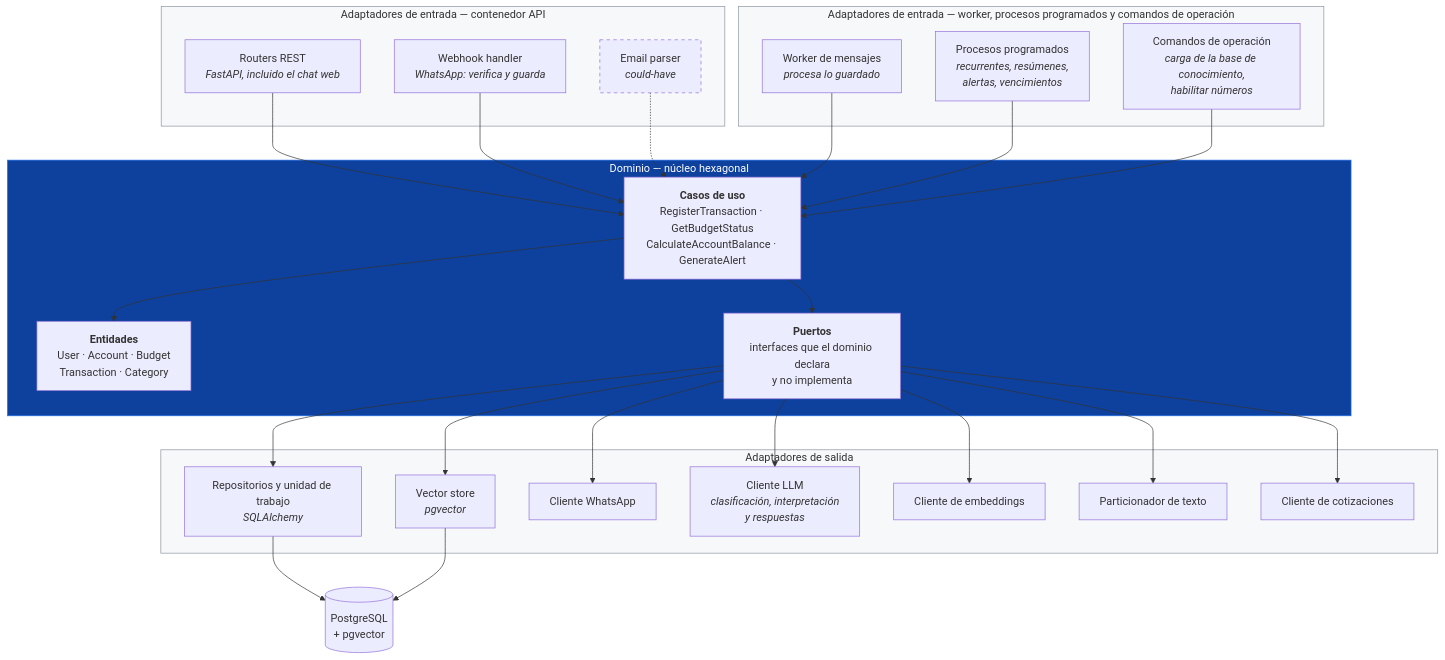
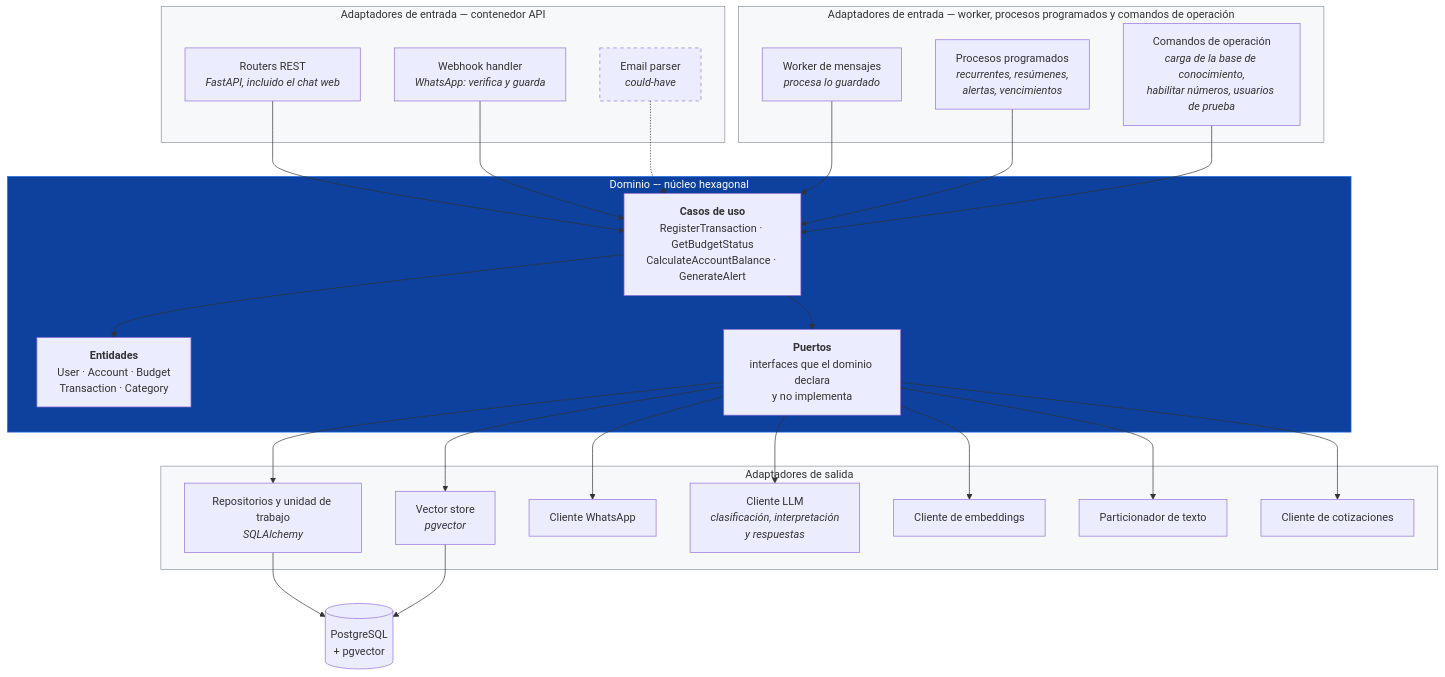
Before and after one commit to verozacarias-prog/AI4Devs-finalproject: the third of 4 diagrams in docs/02-arquitectura.md, drawn with Mermaid. The commit also changed other lines of this file and 14 other files, not shown here.

````diff
--- a/docs/02-arquitectura.md
+++ b/docs/02-arquitectura.md
@@ -86,54 +86,54 @@
 ```mermaid
 flowchart TB
     subgraph INBOUND["Adaptadores de entrada — contenedor API"]
         ROUTERS["Routers REST<br/><i>FastAPI, incluido el chat web</i>"]
         HOOK["Webhook handler<br/><i>WhatsApp: verifica y guarda</i>"]
         PARSE["Email parser<br/><i>could-have</i>"]
     end
 
     subgraph WORKERBOX["Adaptadores de entrada — worker, procesos programados y comandos de operación"]
         MSGWK["Worker de mensajes<br/><i>procesa lo guardado</i>"]
         SCHED["Procesos programados<br/><i>recurrentes, resúmenes,<br/>alertas, vencimientos</i>"]
-        CLI["Comandos de operación<br/><i>carga de la base de conocimiento,<br/>habilitar números</i>"]
+        CLI["Comandos de operación<br/><i>carga de la base de conocimiento,<br/>habilitar números, usuarios de prueba</i>"]
     end
 
     subgraph DOMAIN["Dominio — núcleo hexagonal"]
         UC["<b>Casos de uso</b><br/>RegisterTransaction · GetBudgetStatus<br/>CalculateAccountBalance · GenerateAlert"]
         ENT["<b>Entidades</b><br/>User · Account · Budget<br/>Transaction · Category"]
         PORTS["<b>Puertos</b><br/>interfaces que el dominio declara<br/>y no implementa"]
     end
 
     subgraph OUTBOUND["Adaptadores de salida"]
         REPO["Repositorios y unidad de trabajo<br/><i>SQLAlchemy</i>"]
         VECADAPT["Vector store<br/><i>pgvector</i>"]
         WACLIENT["Cliente WhatsApp"]
         LLMCLIENT["Cliente LLM<br/><i>clasificación, interpretación<br/>y respuestas</i>"]
         EMBCLIENT["Cliente de embeddings"]
         SPLIT["Particionador de texto"]
         FXCLIENT["Cliente de cotizaciones"]
     end
 
     DB[("PostgreSQL<br/>+ pgvector")]
 
     ROUTERS --> UC
     HOOK --> UC
     MSGWK --> UC
     SCHED --> UC
     CLI --> UC
     PARSE -.-> UC
     UC --> ENT
     UC --> PORTS
     PORTS --> REPO --> DB
     PORTS --> VECADAPT --> DB
     PORTS --> WACLIENT
     PORTS --> LLMCLIENT
     PORTS --> EMBCLIENT
     PORTS --> SPLIT
     PORTS --> FXCLIENT
 
     style DOMAIN fill:#0d419d,stroke:#1f6feb,color:#fff
     style INBOUND fill:#f6f8fa,stroke:#8b949e
     style WORKERBOX fill:#f6f8fa,stroke:#8b949e
     style OUTBOUND fill:#f6f8fa,stroke:#8b949e
     style PARSE stroke-dasharray: 5 5
 ```
````
